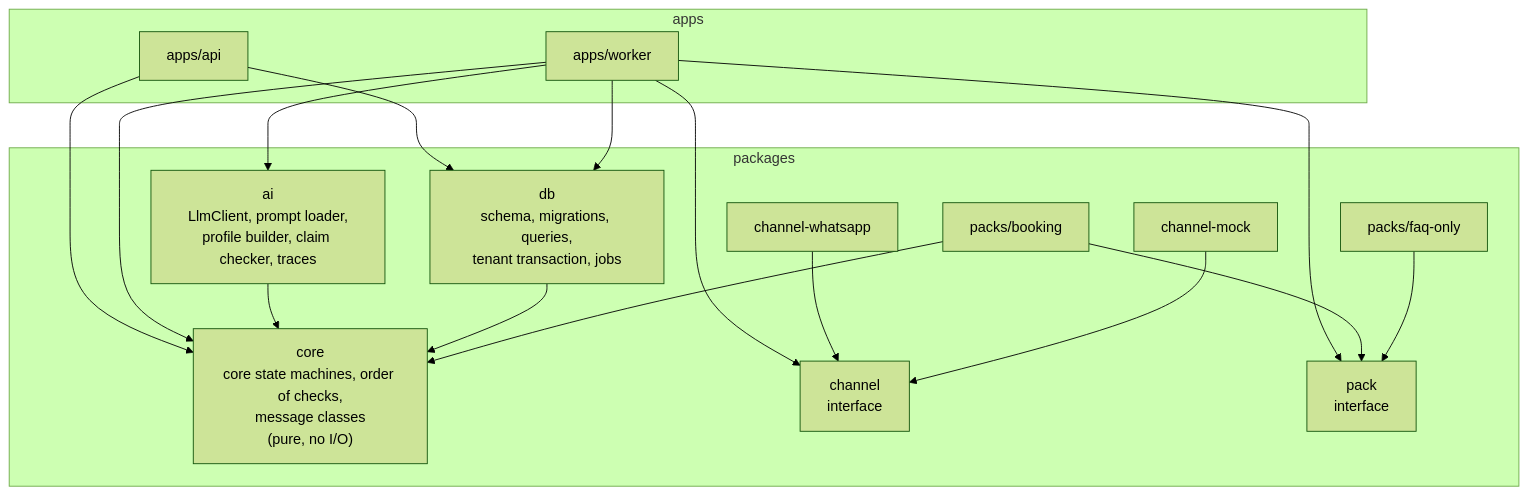
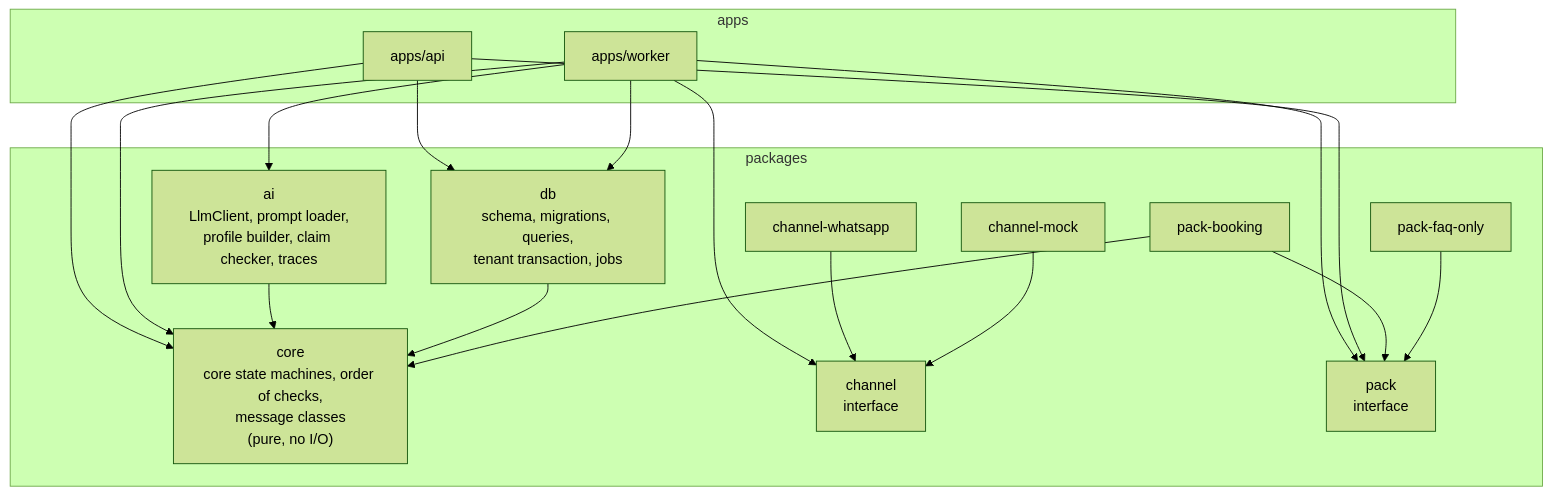
The third of 6 diagrams in docs/design/architecture.md (zishon89us/polyglot-sales-agent), drawn with Mermaid (forest theme) before and after one commit. The commit also changed other lines of this file and 9 other files, not shown here.

````diff
--- a/docs/design/architecture.md
+++ b/docs/design/architecture.md
@@ -156,32 +156,33 @@
 ```mermaid
 flowchart TB
     subgraph apps
         api["apps/api"]
         worker["apps/worker"]
     end
     subgraph packages
         core["core<br/>core state machines, order of checks,<br/>message classes<br/>(pure, no I/O)"]
         db["db<br/>schema, migrations, queries,<br/>tenant transaction, jobs"]
         channel["channel<br/>interface"]
         wa["channel-whatsapp"]
         mock["channel-mock"]
         ai["ai<br/>LlmClient, prompt loader,<br/>profile builder, claim checker, traces"]
         pack["pack<br/>interface"]
-        booking["packs/booking"]
-        faq["packs/faq-only"]
+        booking["pack-booking"]
+        faq["pack-faq-only"]
     end
     api --> core
     api --> db
     worker --> core
     worker --> db
     worker --> channel
     worker --> ai
     worker --> pack
+    api --> pack
     wa --> channel
     mock --> channel
     booking --> pack
     faq --> pack
     ai --> core
     db --> core
     booking --> core
 ```
````
